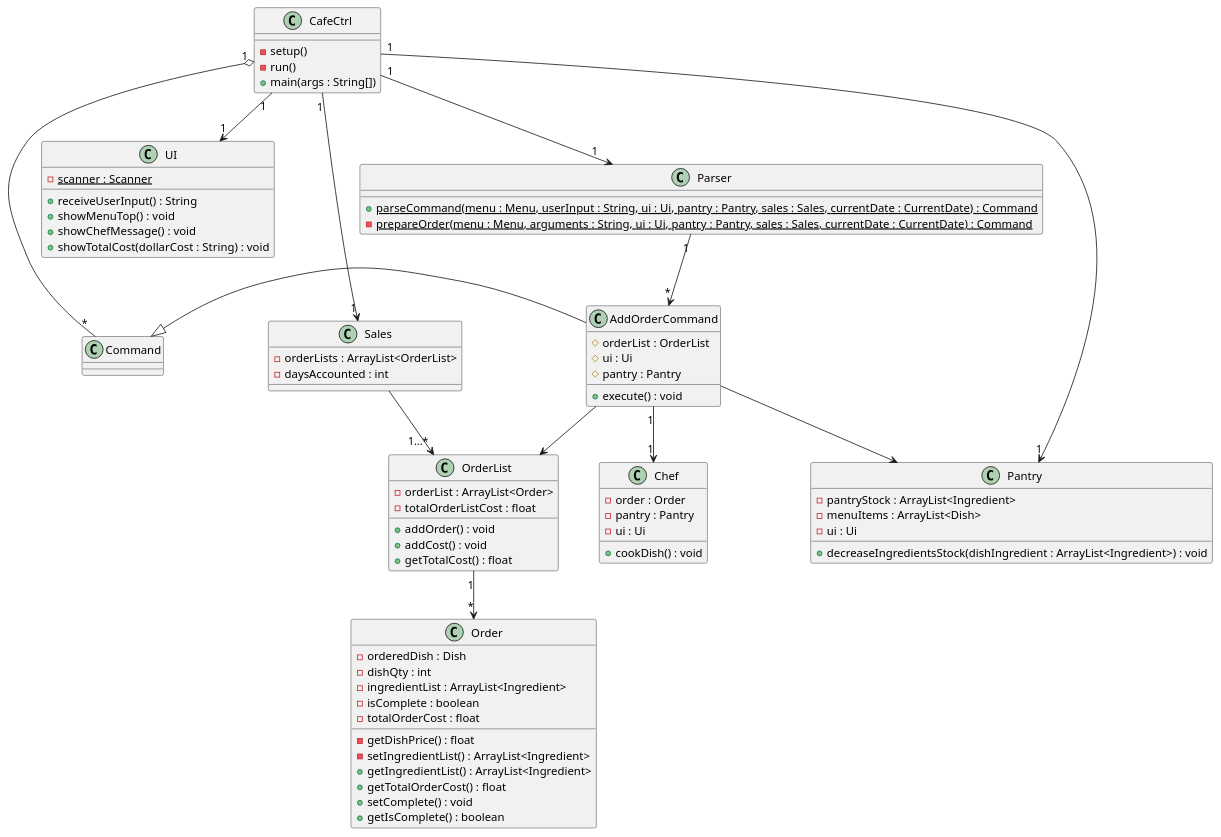
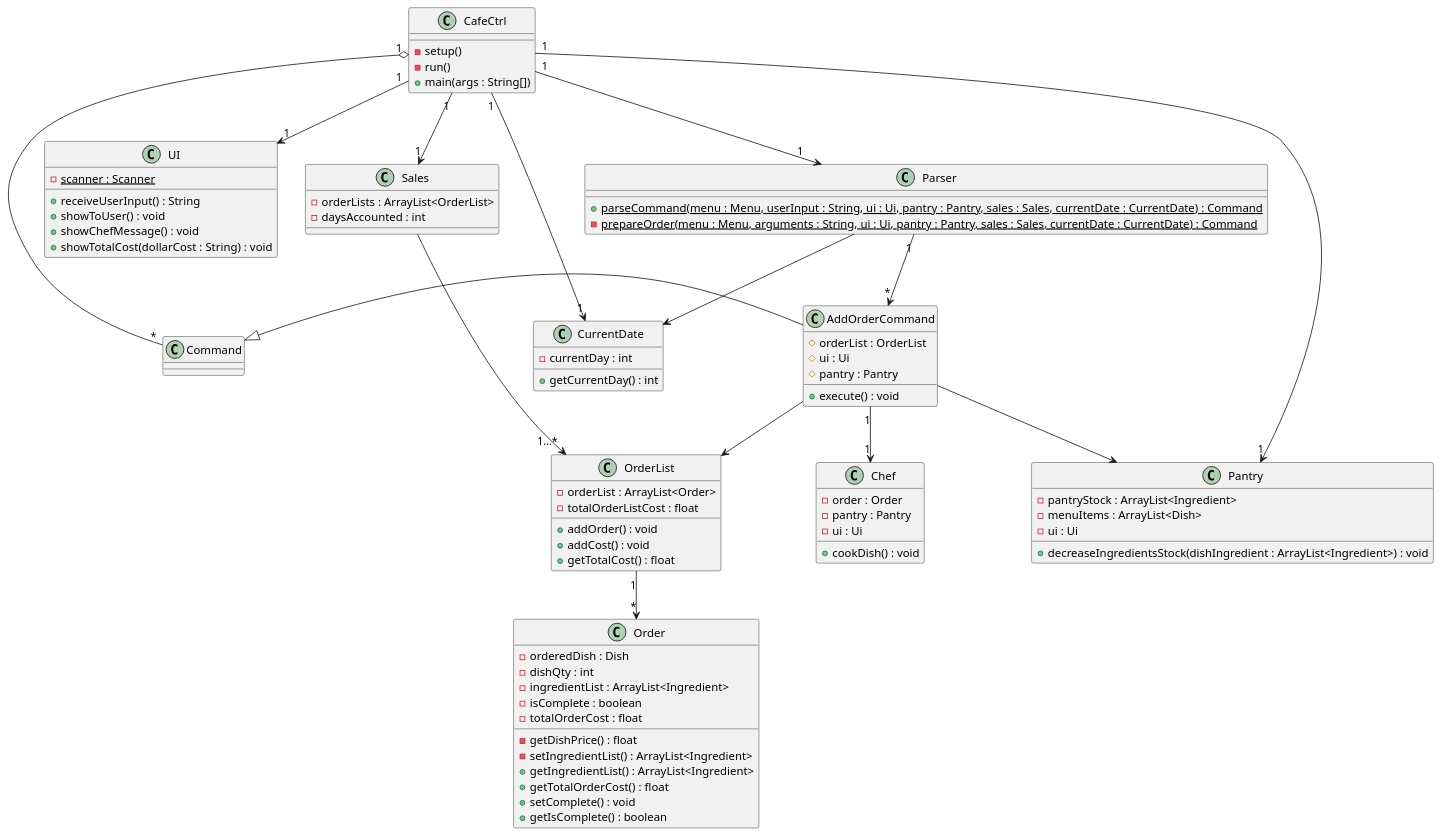
The diagram in docs/diagrams/class/AddOrderCommandClass.puml (nus-cs2113-AY2324S1/tp), drawn with PlantUML before and after one commit. The commit also changed 1 other file, not shown here.

```diff
--- a/docs/diagrams/class/AddOrderCommandClass.puml
+++ b/docs/diagrams/class/AddOrderCommandClass.puml
@@ -1,89 +1,96 @@
 @startuml
 'https://plantuml.com/class-diagram
 
 CafeCtrl "1" --> "1" UI
 CafeCtrl "1" --> "1" Parser
 CafeCtrl "1" --> "1" Sales
 CafeCtrl "1" --> "1" Pantry
+CafeCtrl "1" --> "1" CurrentDate
 CafeCtrl "1" o-- "*" Command
 
 Command <|- AddOrderCommand
 Parser "1" --> "*" AddOrderCommand
+Parser --> CurrentDate
 AddOrderCommand --> OrderList
 AddOrderCommand "1" --> "1" Chef
 AddOrderCommand --> Pantry
 OrderList "1" --> "*" Order
 Sales --> "1...*" OrderList
 
 class CafeCtrl {
 - setup()
 - run()
 + main(args : String[])
 }
 
 class Command {
 
 }
 
 class UI {
 {static} - scanner : Scanner
 + receiveUserInput() : String
-+ showMenuTop() : void
++ showToUser() : void
 + showChefMessage() : void
 + showTotalCost(dollarCost : String) : void
 }
 
 class AddOrderCommand {
 # orderList : OrderList
 # ui : Ui
 # pantry : Pantry
 + execute() : void
 }
 
 class Parser {
 {static} + parseCommand(menu : Menu, userInput : String, ui : Ui, pantry : Pantry, sales : Sales, currentDate : CurrentDate) : Command
 {static} - prepareOrder(menu : Menu, arguments : String, ui : Ui, pantry : Pantry, sales : Sales, currentDate : CurrentDate) : Command
 }
 
 class OrderList {
 - orderList : ArrayList<Order>
 - totalOrderListCost : float
 + addOrder() : void
 + addCost() : void
 + getTotalCost() : float
 }
 
 class Order {
 - orderedDish : Dish
 - dishQty : int
 - ingredientList : ArrayList<Ingredient>
 - isComplete : boolean
 - totalOrderCost : float
 - getDishPrice() : float
 - setIngredientList() : ArrayList<Ingredient>
 + getIngredientList() : ArrayList<Ingredient>
 + getTotalOrderCost() : float
 + setComplete() : void
 + getIsComplete() : boolean
 }
 
 class Chef {
 - order : Order
 - pantry : Pantry
 - ui : Ui
 + cookDish() : void
 }
 
 class Pantry {
 - pantryStock : ArrayList<Ingredient>
 - menuItems : ArrayList<Dish>
 - ui : Ui
 + decreaseIngredientsStock(dishIngredient : ArrayList<Ingredient>) : void
 }
 
 class Sales {
 - orderLists : ArrayList<OrderList>
 - daysAccounted : int
 }
 
+class CurrentDate {
+- currentDay : int
++ getCurrentDay() : int
+}
+
 @enduml
```
